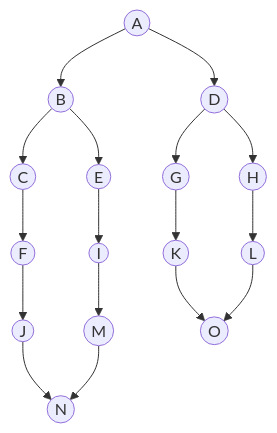
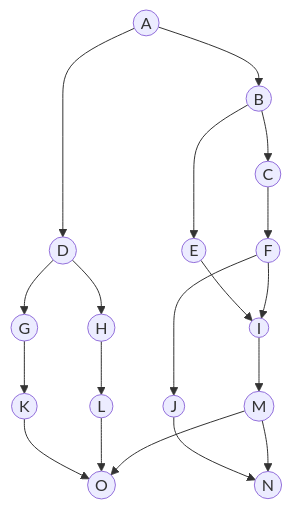
One commit to hse-algo-24-crow/manual-tasks-crow changed the second of 4 diagrams in task-7/biba-boba-task7.md. Above: the diagram before and after it, drawn with Mermaid. The commit also changed other lines of this file, not shown here.

````diff
--- a/task-7/biba-boba-task7.md
+++ b/task-7/biba-boba-task7.md
@@ -47,19 +48,21 @@
 ```mermaid
 graph TB
 A((A))-->D((D))
 A-->B((B))
 B-->C((C))
 B-->E((E))
 C-->F((F))
 D((D))-->G((G))
 D-->H((H))
 E-->I((I))
 F-->J((J))
+F-->I((I))
 G((G))-->K((K))
 H-->L((L))
 I-->M((M))
 J-->N((N))
 K-->O((O))
 L-->O
 M-->N
+M-->O
 ```
````
